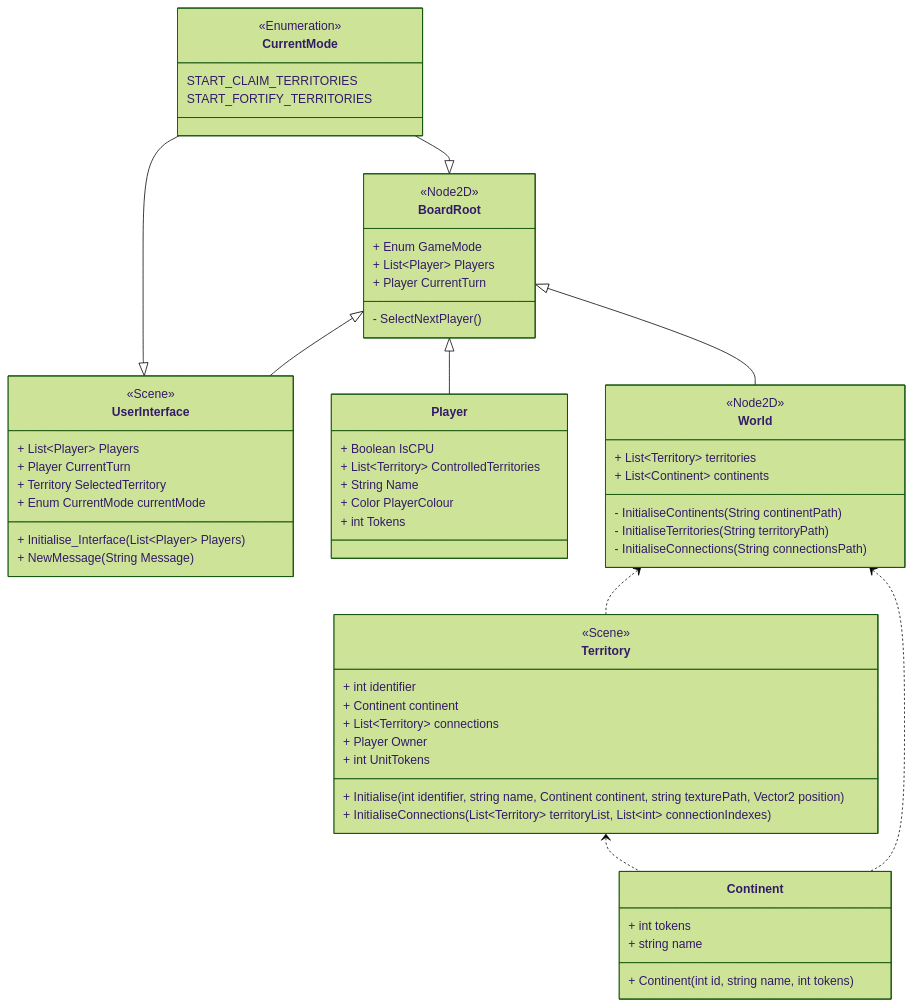
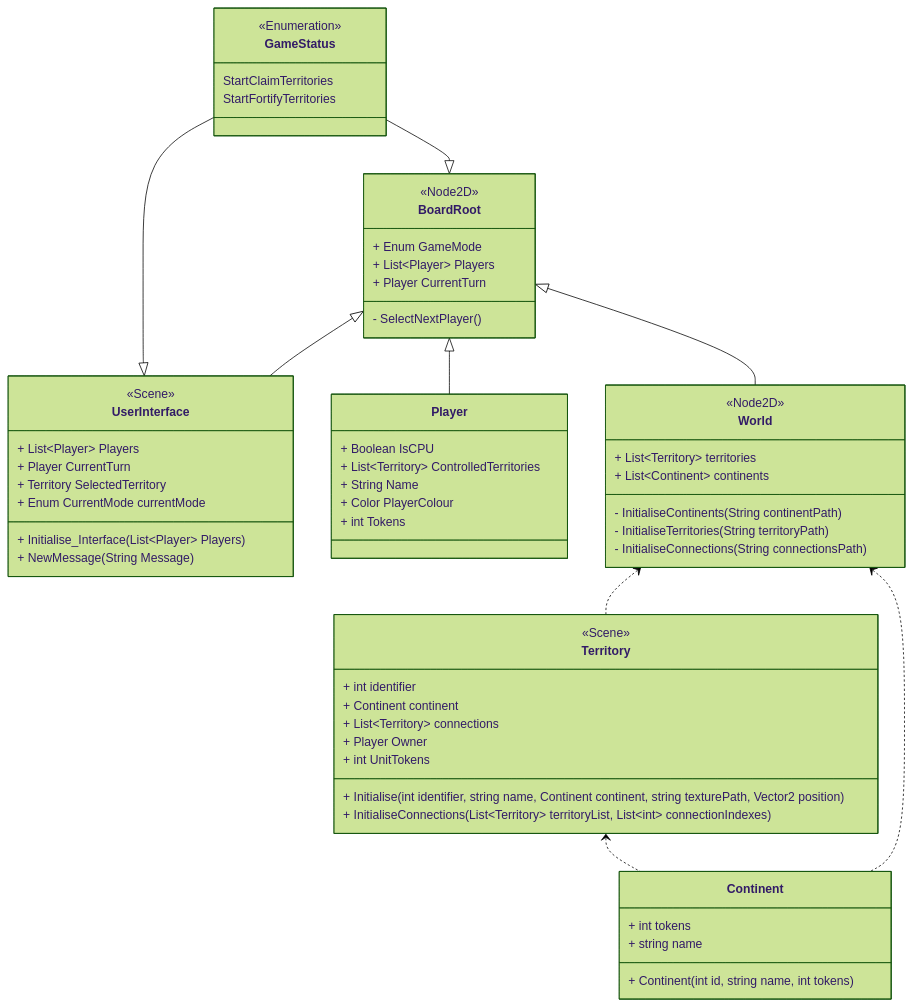
One commit to LukeS03/Y2_S2_SoftwareEngineeringProject changed the first of 2 diagrams in design/Sprint_02_Design.md. Above: the diagram before and after it, drawn with Mermaid (forest theme). The commit also changed other lines of this file and 5 other files, not shown here.

````diff
--- a/design/Sprint_02_Design.md
+++ b/design/Sprint_02_Design.md
@@ -13,71 +13,71 @@
 ```mermaid
 classDiagram
     class BoardRoot {
         <<Node2D>>
         + Enum GameMode
         + List~Player~ Players
         + Player CurrentTurn
         - SelectNextPlayer()
     }
 
     class UserInterface {
         <<Scene>>
         + List~Player~ Players
         + Player CurrentTurn
         + Territory SelectedTerritory
         + Enum CurrentMode currentMode
         + Initialise_Interface(List~Player~ Players)
         + NewMessage(String Message)
     }
 
-    class CurrentMode {
+    class GameStatus {
         <<Enumeration>>
-        START_CLAIM_TERRITORIES
-        START_FORTIFY_TERRITORIES
+        StartClaimTerritories
+        StartFortifyTerritories
     }
 
     class Player {
         + Boolean IsCPU
         + List~Territory~ ControlledTerritories
         + String Name
         + Color PlayerColour
         + int Tokens
     }
 
     class World {
         <<Node2D>>
         + List~Territory~ territories
         + List~Continent~ continents
         - InitialiseContinents(String continentPath)
         - InitialiseTerritories(String territoryPath)
         - InitialiseConnections(String connectionsPath)
     }
 
 
     class Territory {
         <<Scene>>
         + int identifier
         + Continent continent
         + List~Territory~ connections
         + Player Owner
         + int UnitTokens
         + Initialise(int identifier, string name, Continent continent, string texturePath, Vector2 position)
         + InitialiseConnections(List~Territory~ territoryList, List~int~ connectionIndexes)
     }
 
     class Continent {
         + int tokens
         + string name
         + Continent(int id, string name, int tokens)
     }
 
     BoardRoot <|-- UserInterface
     BoardRoot <|-- Player
     BoardRoot <|-- World
     World <.. Territory
     World <.. Continent
     Territory <.. Continent
-    CurrentMode --|> UserInterface
-    CurrentMode--|>BoardRoot
+    GameStatus --|> UserInterface
+    GameStatus--|>BoardRoot
     
 ```
````
